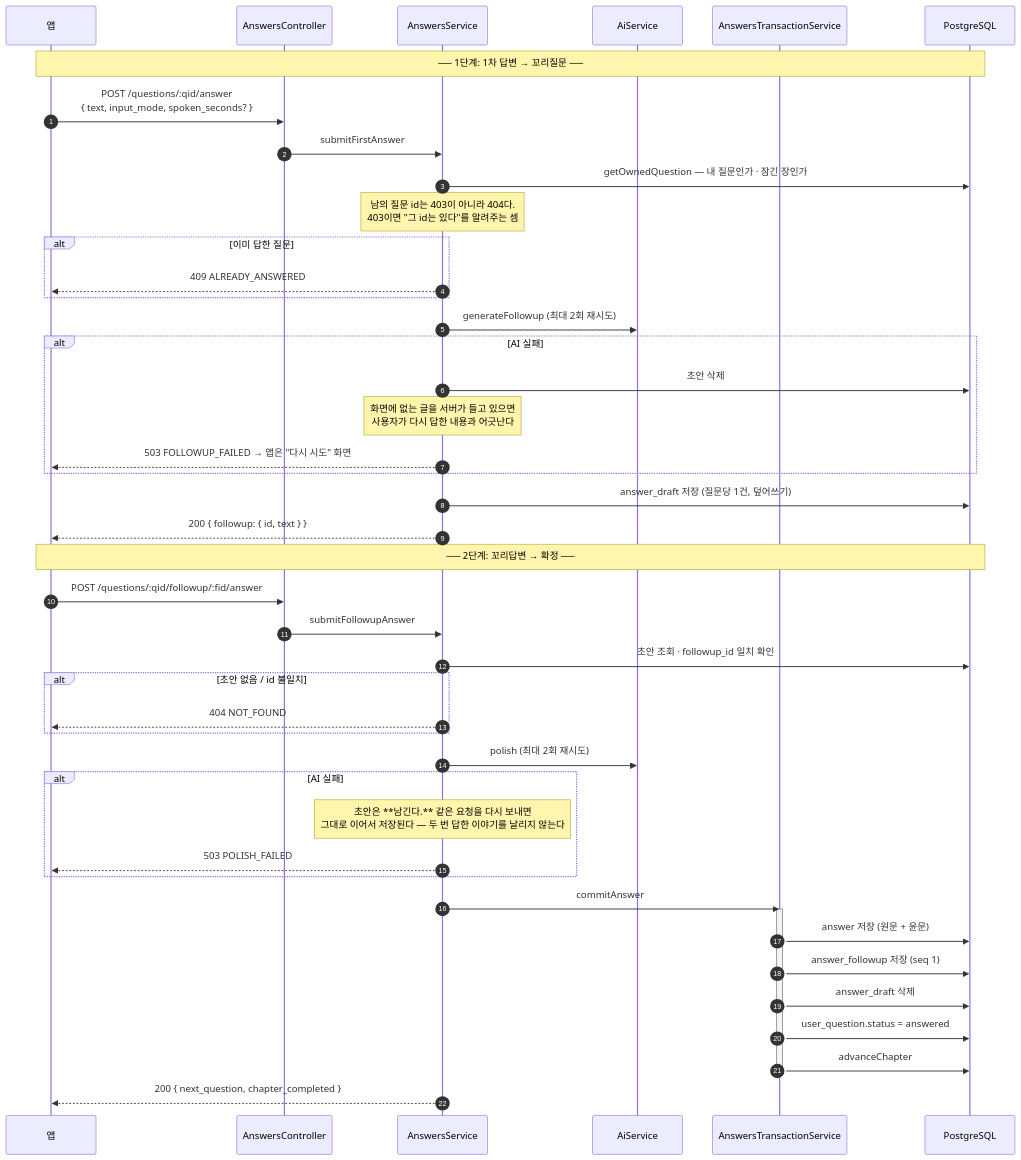
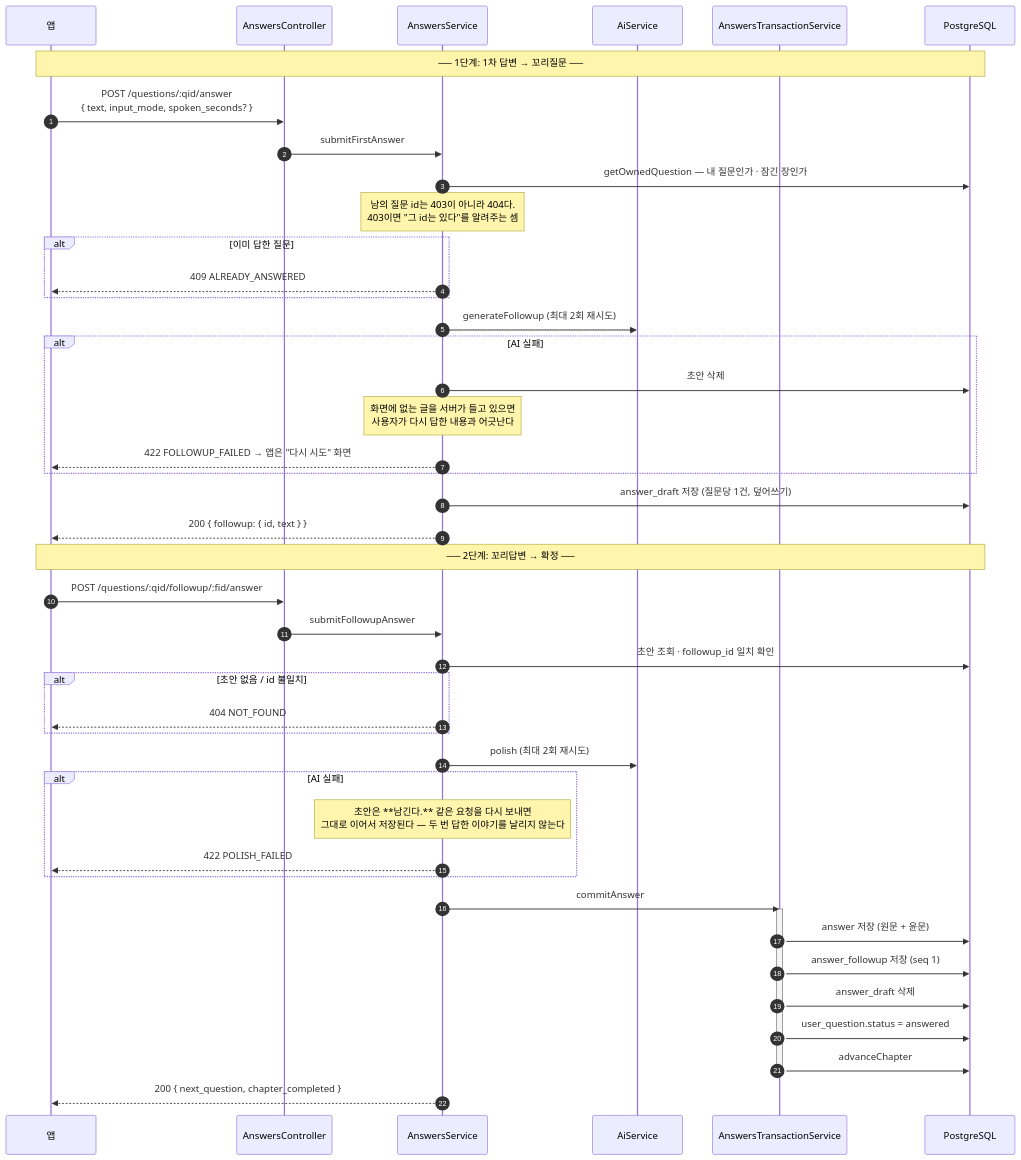
Before and after one commit to cchoiGeon/life-legacy-flutter: the sixth of 11 diagrams in docs/server-architecture.md, drawn with Mermaid. The commit also changed 6 other files, not shown here.

````diff
--- a/docs/server-architecture.md
+++ b/docs/server-architecture.md
@@ -234,49 +234,49 @@
 ```mermaid
 sequenceDiagram
   autonumber
   participant A as 앱
   participant C as AnswersController
   participant S as AnswersService
   participant Ai as AiService
   participant T as AnswersTransactionService
   participant DB as PostgreSQL
 
   Note over A,DB: ── 1단계: 1차 답변 → 꼬리질문 ──
   A->>C: POST /questions/:qid/answer<br/>{ text, input_mode, spoken_seconds? }
   C->>S: submitFirstAnswer
   S->>DB: getOwnedQuestion — 내 질문인가 · 잠긴 장인가
   Note over S: 남의 질문 id는 403이 아니라 404다.<br/>403이면 "그 id는 있다"를 알려주는 셈
   alt 이미 답한 질문
     S-->>A: 409 ALREADY_ANSWERED
   end
   S->>Ai: generateFollowup (최대 2회 재시도)
   alt AI 실패
     S->>DB: 초안 삭제
     Note over S: 화면에 없는 글을 서버가 들고 있으면<br/>사용자가 다시 답한 내용과 어긋난다
-    S-->>A: 503 FOLLOWUP_FAILED → 앱은 "다시 시도" 화면
+    S-->>A: 422 FOLLOWUP_FAILED → 앱은 "다시 시도" 화면
   end
   S->>DB: answer_draft 저장 (질문당 1건, 덮어쓰기)
   S-->>A: 200 { followup: { id, text } }
 
   Note over A,DB: ── 2단계: 꼬리답변 → 확정 ──
   A->>C: POST /questions/:qid/followup/:fid/answer
   C->>S: submitFollowupAnswer
   S->>DB: 초안 조회 · followup_id 일치 확인
   alt 초안 없음 / id 불일치
     S-->>A: 404 NOT_FOUND
   end
   S->>Ai: polish (최대 2회 재시도)
   alt AI 실패
     Note over S: 초안은 **남긴다.** 같은 요청을 다시 보내면<br/>그대로 이어서 저장된다 — 두 번 답한 이야기를 날리지 않는다
-    S-->>A: 503 POLISH_FAILED
+    S-->>A: 422 POLISH_FAILED
   end
   S->>T: commitAnswer
   activate T
   T->>DB: answer 저장 (원문 + 윤문)
   T->>DB: answer_followup 저장 (seq 1)
   T->>DB: answer_draft 삭제
   T->>DB: user_question.status = answered
   T->>DB: advanceChapter
   deactivate T
   S-->>A: 200 { next_question, chapter_completed }
 ```
````
